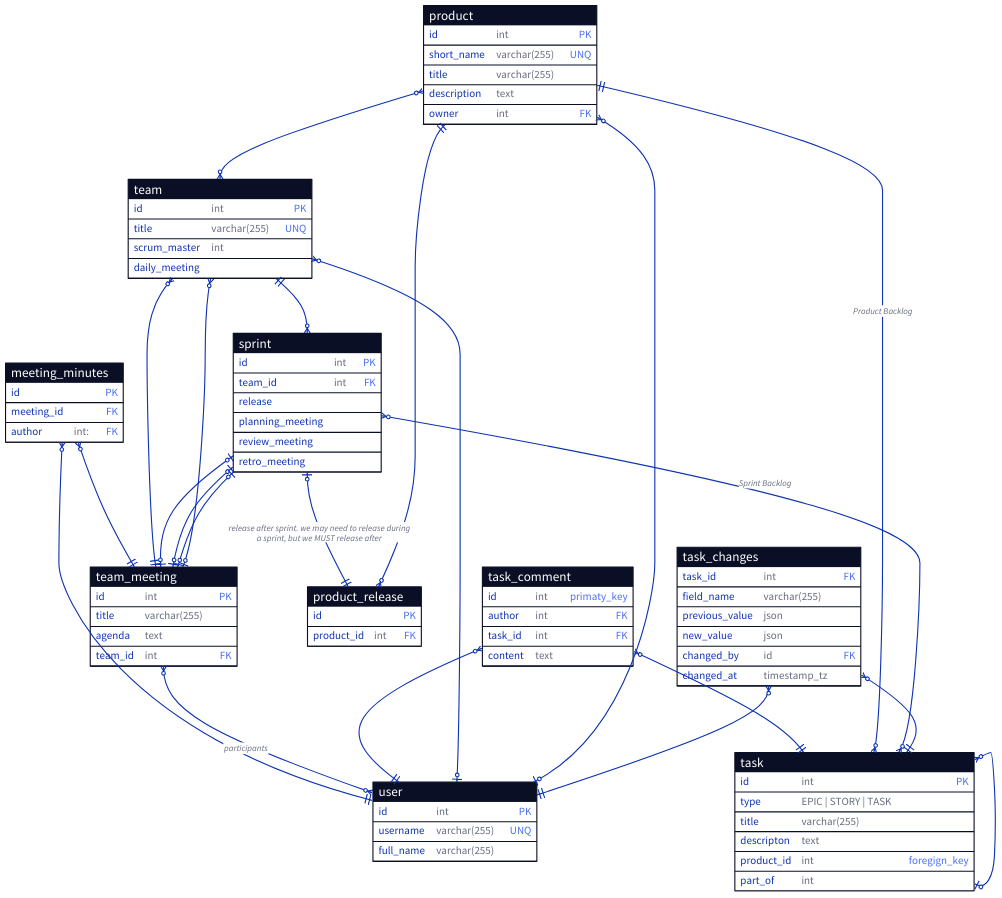
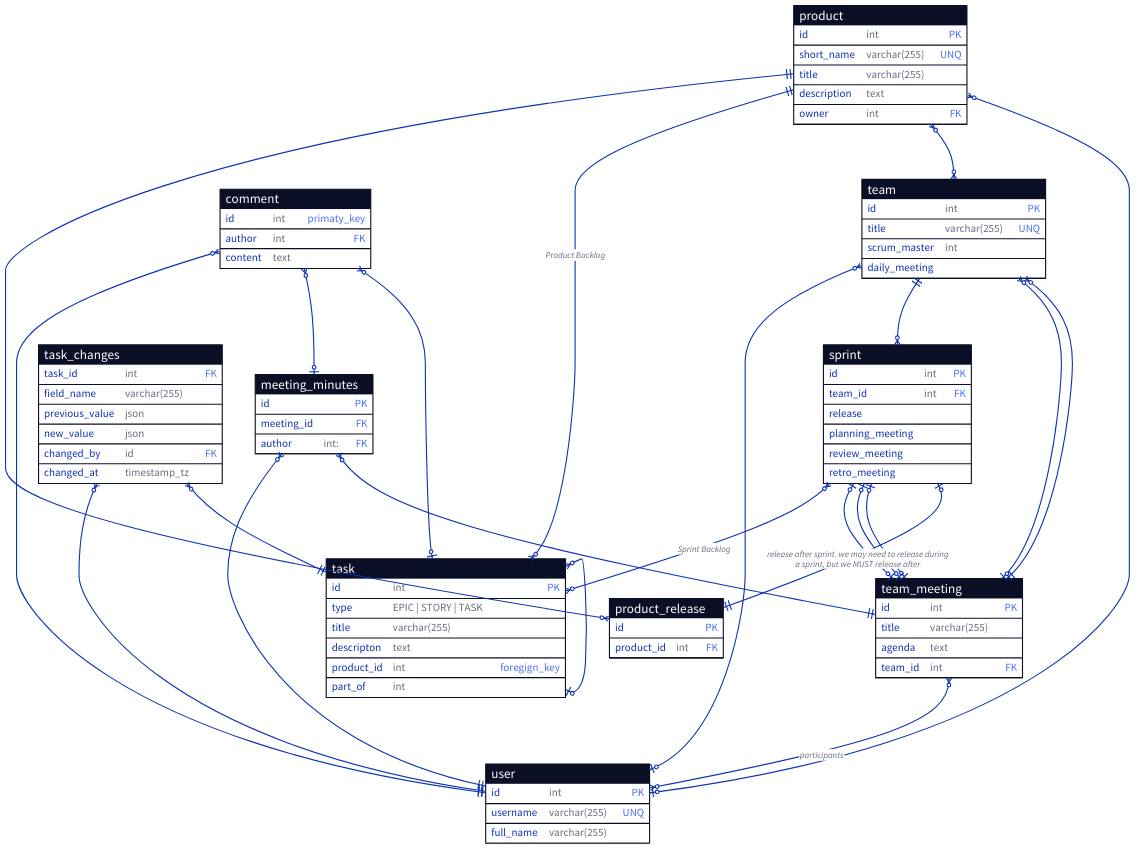
One commit to forafox/Zadachnik changed the diagram in docs/infological.d2. Above: the diagram before and after it, drawn with D2.

Commit message:
add comments to minutes

```diff
--- a/docs/infological.d2
+++ b/docs/infological.d2
@@ -27,11 +27,10 @@
   team_id: int {constraint: foreign_key}
 }
 
-task_comment: {
+comment: {
   shape: sql_table
   id: int {constraint: primaty_key}
   author: int {constraint: foreign_key}
-  task_id: int {constraint: foreign_key}
   content: text
 }
 
@@ -148,16 +147,25 @@
   }
 }
 
-task_comment.task_id <-> task: {
+comment <-> task: {
   source-arrowhead: {
     shape: cf-many
   }
   target-arrowhead: {
-    shape: cf-one-required
+    shape: cf-one
   }
 }
 
-task_comment.author <-> user: {
+comment <-> meeting_minutes: {
+  source-arrowhead: {
+    shape: cf-many
+  }
+  target-arrowhead: {
+    shape: cf-one
+  }
+}
+
+comment.author <-> user: {
   source-arrowhead: {
     shape: cf-many
   }
```
